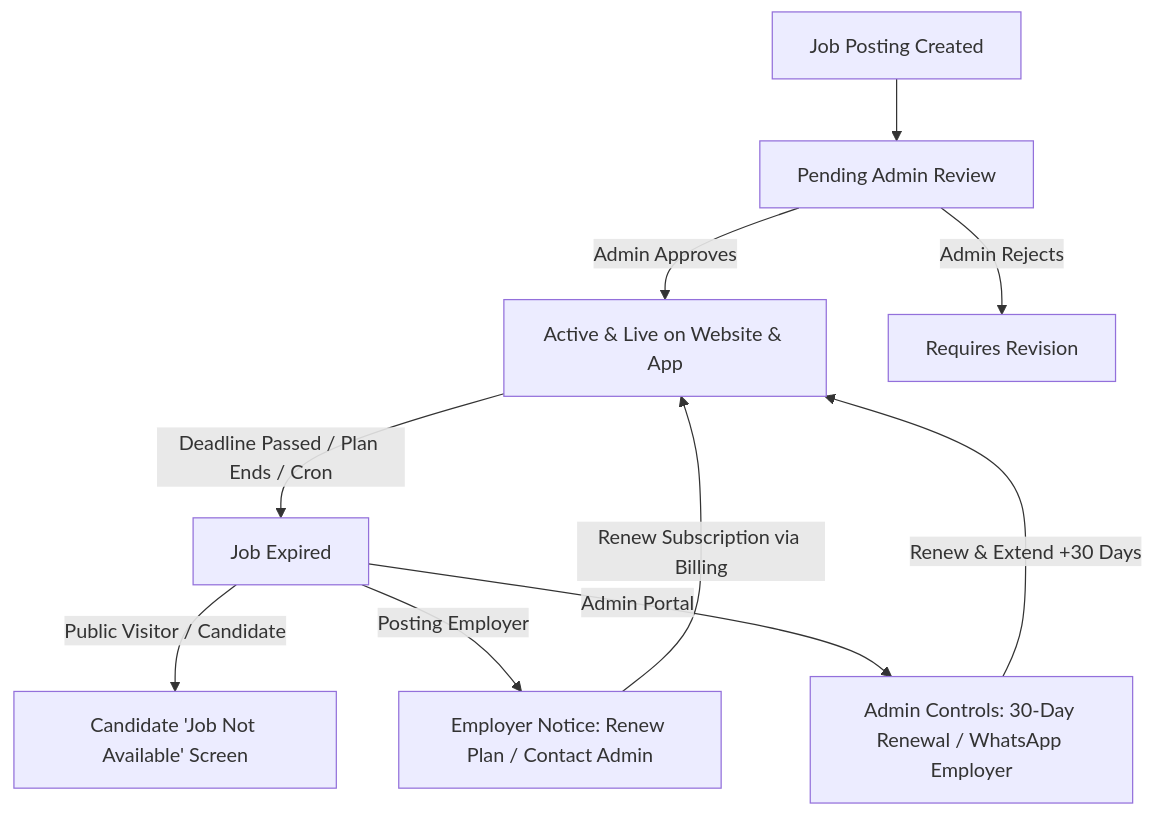
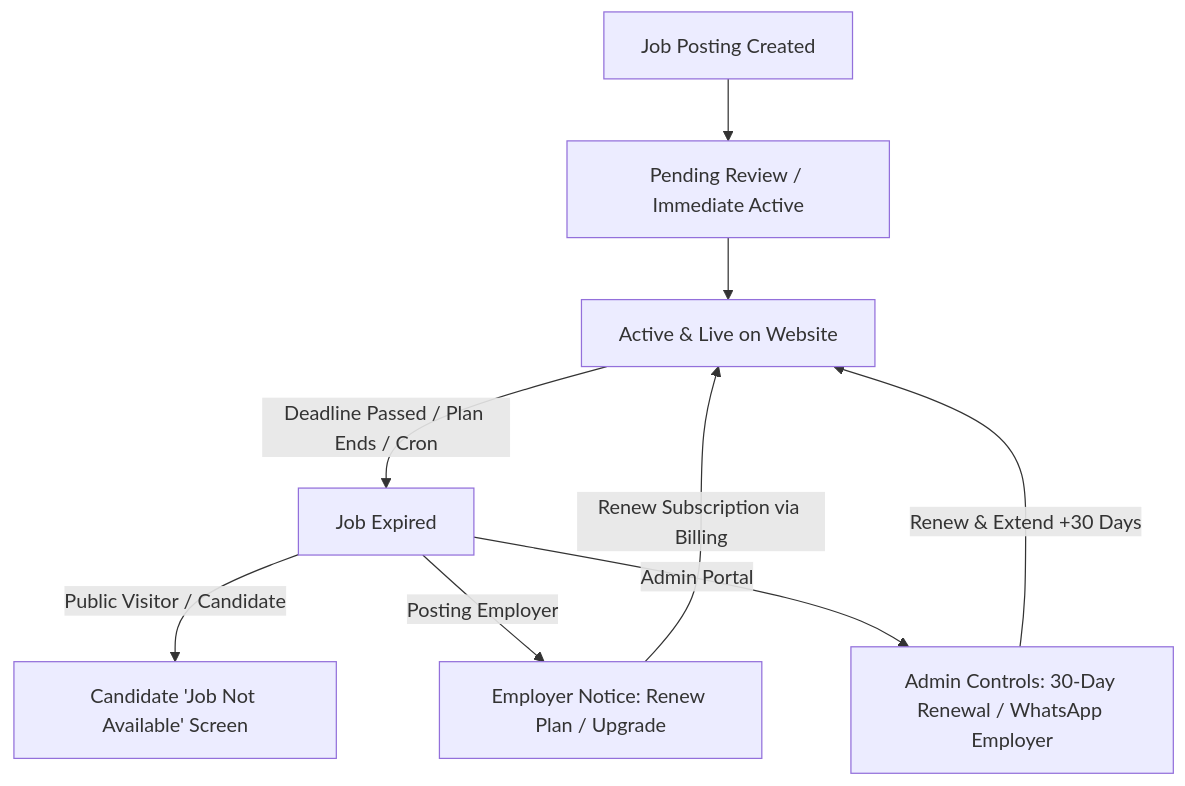
The second of 3 diagrams in TOTAL_FEATURES.md (SRIESWARAN01/thenijobs-web), drawn with Mermaid before and after one commit. The commit also changed other lines of this file and 1 other file, not shown here.

Commit message:
docs(features): reconcile TOTAL_FEATURES.md with active Next.js 16 PWA architecture, 453-test suite, and document 7 new modules

````diff
--- a/TOTAL_FEATURES.md
+++ b/TOTAL_FEATURES.md
@@ -247,14 +197,13 @@
 ```mermaid
 graph TD
-    Job[Job Posting Created] --> Pending[Pending Admin Review]
-    Pending -->|Admin Approves| Active[Active & Live on Website & App]
-    Pending -->|Admin Rejects| Revision[Requires Revision]
+    Job[Job Posting Created] --> Pending[Pending Review / Immediate Active]
+    Pending --> Active[Active & Live on Website]
     Active -->|Deadline Passed / Plan Ends / Cron| Expired[Job Expired]
     
     Expired -->|Public Visitor / Candidate| PublicView[Candidate 'Job Not Available' Screen]
-    Expired -->|Posting Employer| EmpView[Employer Notice: Renew Plan / Contact Admin]
+    Expired -->|Posting Employer| EmpView[Employer Notice: Renew Plan / Upgrade]
     Expired -->|Admin Portal| AdminView[Admin Controls: 30-Day Renewal / WhatsApp Employer]
     
     AdminView -->|Renew & Extend +30 Days| Active
     EmpView -->|Renew Subscription via Billing| Active
 ```
````
